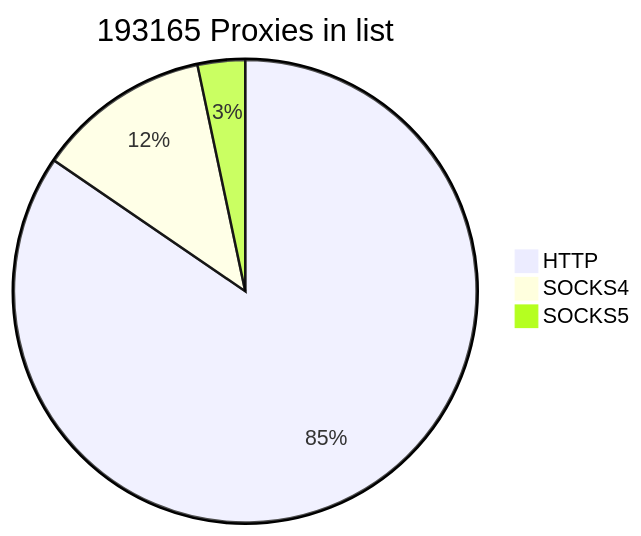
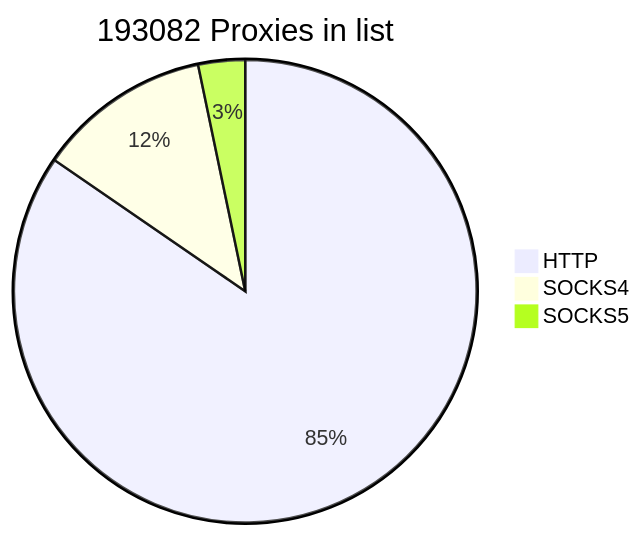
Before and after one commit to cutipu/proxylist: the first of 2 diagrams in README.md, drawn with Mermaid. The commit also changed other lines of this file, not shown here.

````diff
--- a/README.md
+++ b/README.md
@@ -2,7 +2,7 @@
 ```mermaid
-pie title 193165 Proxies in list
+pie title 193082 Proxies in list
     "HTTP" : 163328
-    "SOCKS4" : 23436
-    "SOCKS5" : 6401
+    "SOCKS4" : 23438
+    "SOCKS5" : 6316
             
 ```
````
